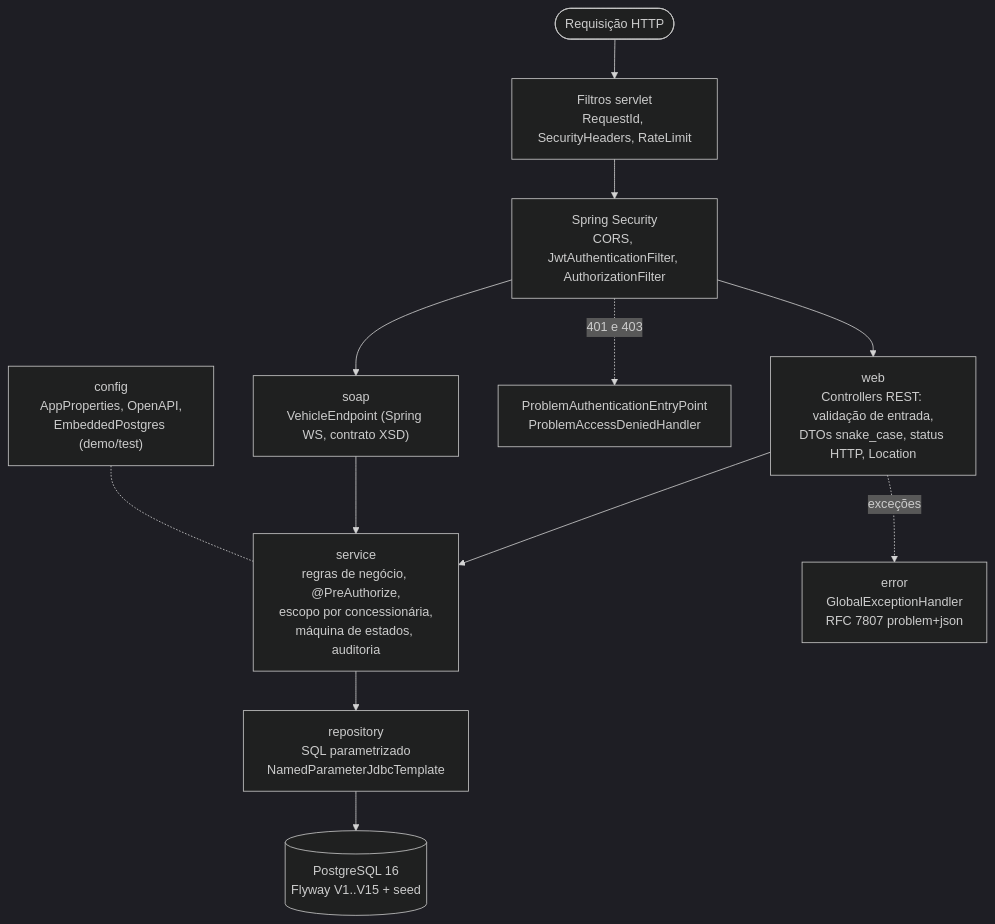
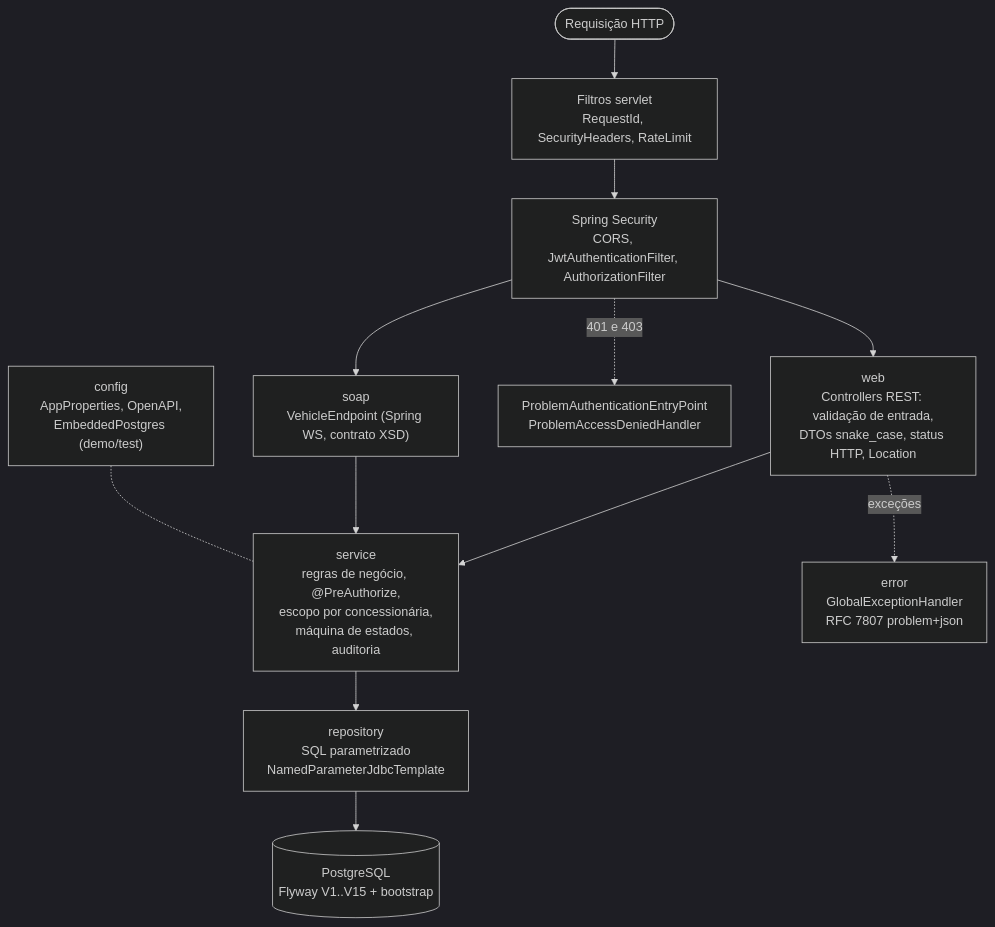
One commit to fwd-ford/forward-api-java changed the diagram in docs/diagrams/02-camadas.mmd. Above: the diagram before and after it, drawn with Mermaid (dark theme). The commit also changed 11 other files, not shown here.

```diff
--- a/docs/diagrams/02-camadas.mmd
+++ b/docs/diagrams/02-camadas.mmd
@@ -1,12 +1,12 @@
 flowchart TB
   REQ(["Requisição HTTP"]) --> FIL["Filtros servlet<br/>RequestId, SecurityHeaders, RateLimit"]
   FIL --> SEC["Spring Security<br/>CORS, JwtAuthenticationFilter, AuthorizationFilter"]
   SEC --> CTRL["web<br/>Controllers REST: validação de entrada,<br/>DTOs snake_case, status HTTP, Location"]
   SEC --> SOAP["soap<br/>VehicleEndpoint (Spring WS, contrato XSD)"]
   CTRL --> SVC["service<br/>regras de negócio, @PreAuthorize,<br/>escopo por concessionária,<br/>máquina de estados, auditoria"]
   SOAP --> SVC
   SVC --> REPO["repository<br/>SQL parametrizado<br/>NamedParameterJdbcTemplate"]
-  REPO --> DB[("PostgreSQL 16<br/>Flyway V1..V15 + seed")]
+  REPO --> DB[("PostgreSQL<br/>Flyway V1..V15 + bootstrap")]
   CTRL -. exceções .-> ERR["error<br/>GlobalExceptionHandler<br/>RFC 7807 problem+json"]
   SEC -. "401 e 403" .-> EP["ProblemAuthenticationEntryPoint<br/>ProblemAccessDeniedHandler"]
   CFG["config<br/>AppProperties, OpenAPI,<br/>EmbeddedPostgres (demo/test)"] -.- SVC
```
